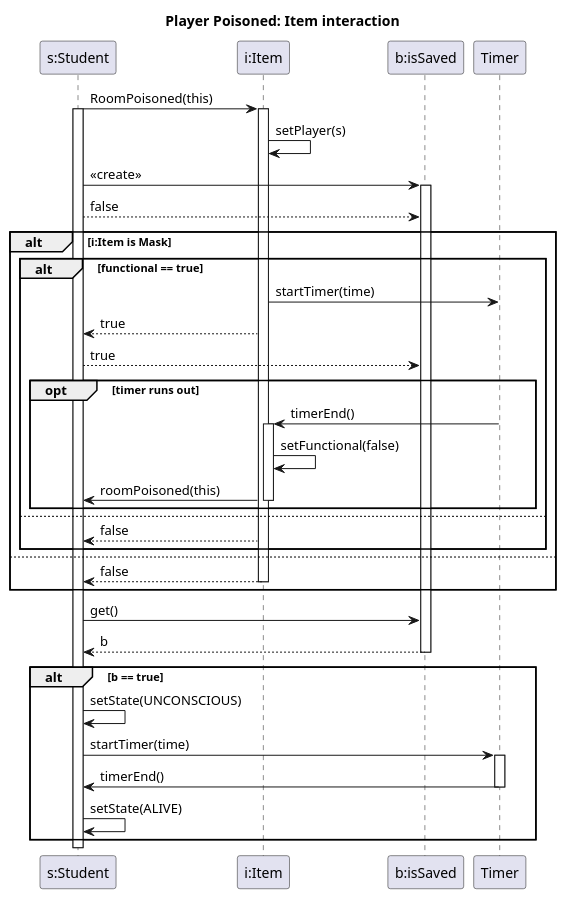
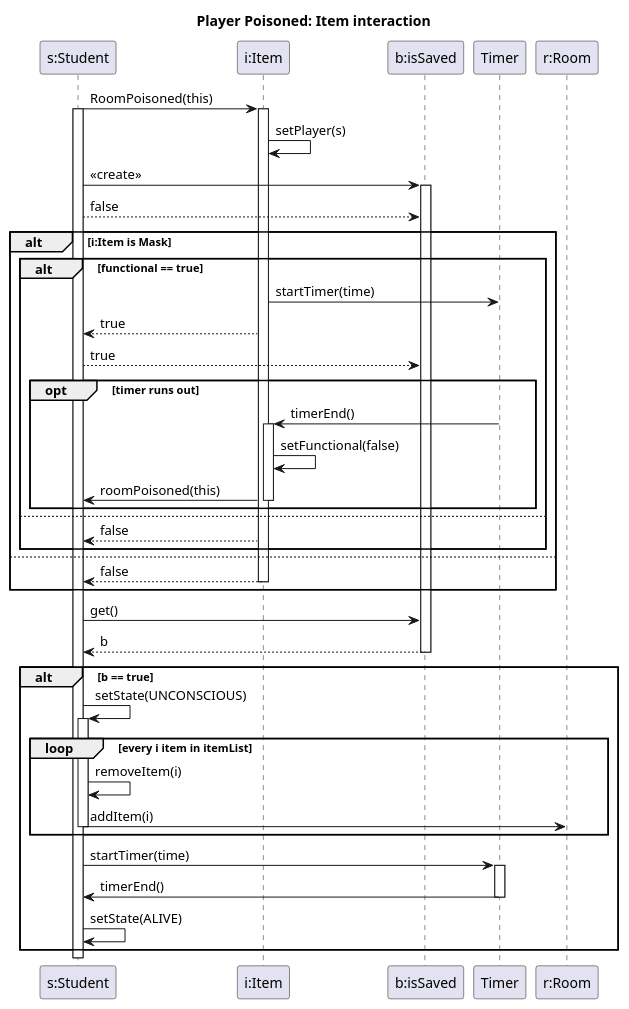
Before and after one commit to MBakter/echo: the diagram in player_poisoned_item.plantuml, drawn with PlantUML. The commit also changed 1 other file, not shown here.

```diff
--- a/player_poisoned_item.plantuml
+++ b/player_poisoned_item.plantuml
@@ -1,50 +1,56 @@
 @startuml teacher_attacks
 
 title Player Poisoned: Item interaction
 participant "s:Student" as s
 participant "i:Item" as i
 participant "b:isSaved" as b
 
 s -> i : RoomPoisoned(this)
 activate i
 activate s
 i -> i : setPlayer(s)
 s -> b : <<create>>
 activate b
 s --> b : false
 
 alt i:Item is Mask
     alt functional == true
         i -> Timer : startTimer(time)
         i --> s : true
         s --> b : true
     opt timer runs out
         Timer -> i : timerEnd()
         activate i
         i -> i : setFunctional(false)
         i -> s : roomPoisoned(this)
         deactivate i 
     end
         
     else
         i --> s : false
     end
 else
     i --> s : false
     deactivate i
 end
 
 s -> b : get()
 b --> s : b
 deactivate b
 
 alt b == true
     s -> s : setState(UNCONSCIOUS)
+    activate s
+    loop every i item in itemList
+        s -> s : removeItem(i)
+        s -> "r:Room" : addItem(i)
+        deactivate s
+    end
     s -> Timer : startTimer(time)
     activate Timer
     Timer -> s : timerEnd()
     deactivate Timer
     s -> s : setState(ALIVE)
 end
     
 @enduml
```
